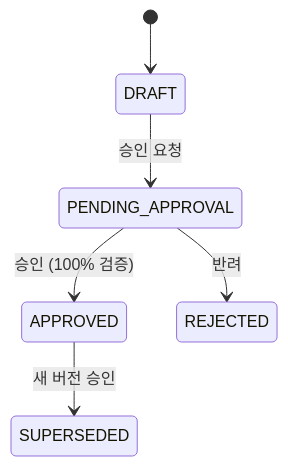
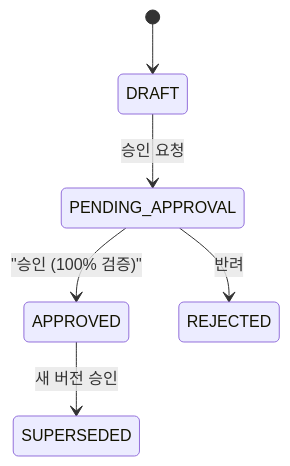
The second of 3 diagrams in docs/ARCHITECTURE.md (pie4772-collab/Cost-Allocation), drawn with Mermaid before and after one commit.

Commit message:
Cost-Allocation

````diff
--- a/docs/ARCHITECTURE.md
+++ b/docs/ARCHITECTURE.md
@@ -64,8 +64,8 @@
 ```mermaid
 stateDiagram-v2
     [*] --> DRAFT
     DRAFT --> PENDING_APPROVAL: 승인 요청
-    PENDING_APPROVAL --> APPROVED: 승인 (100% 검증)
+    PENDING_APPROVAL --> APPROVED: "승인 (100% 검증)"
     PENDING_APPROVAL --> REJECTED: 반려
     APPROVED --> SUPERSEDED: 새 버전 승인
 ```
````
